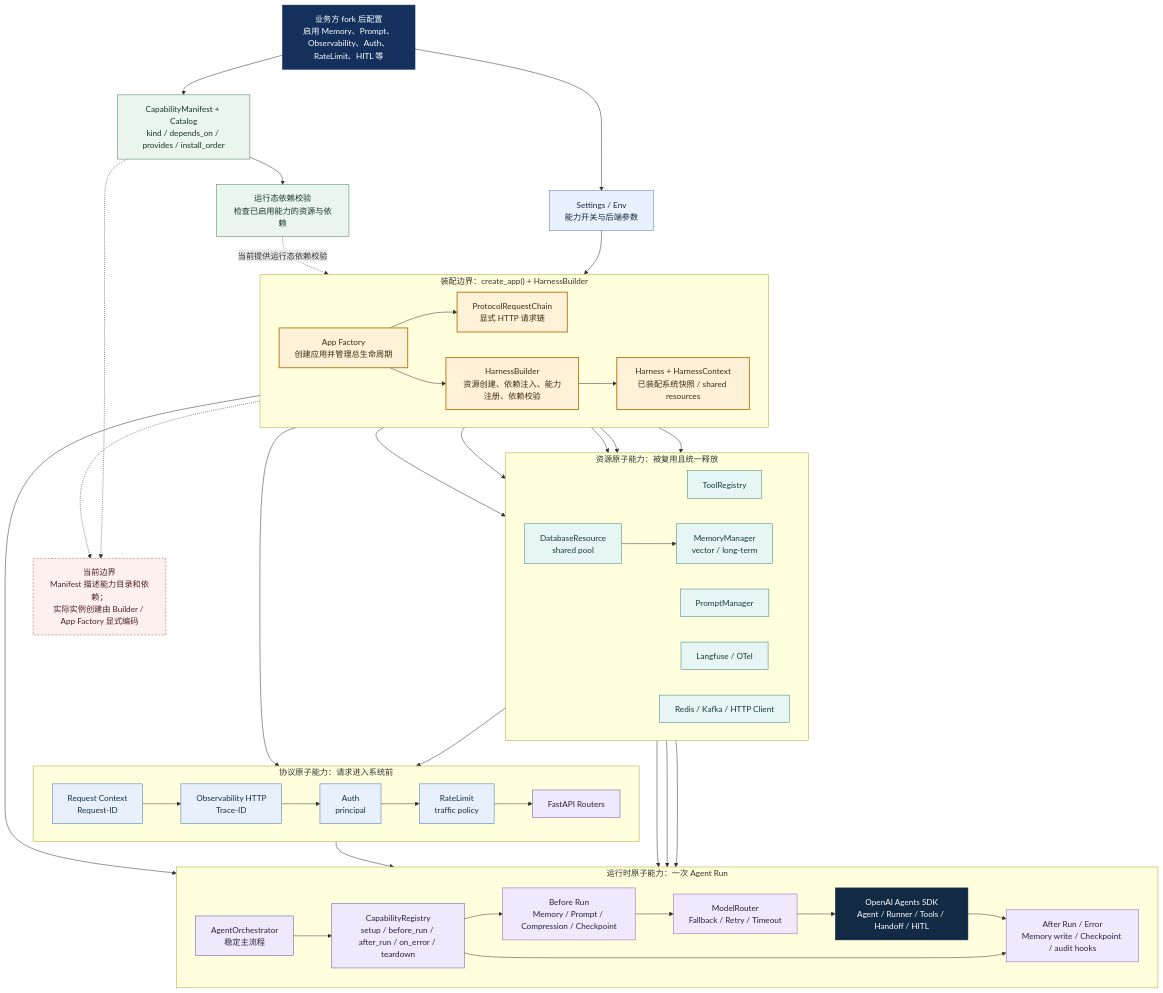
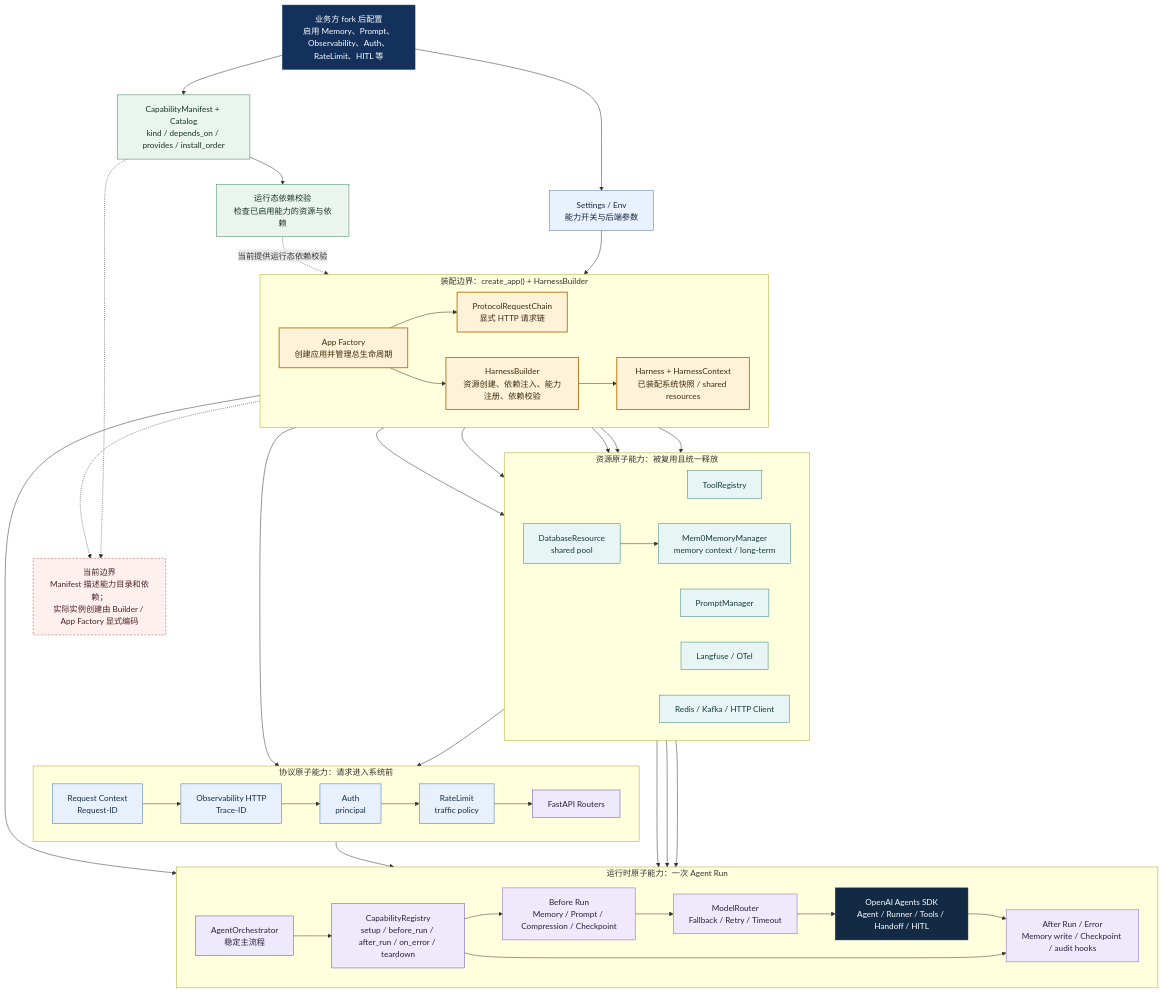
One commit to rnb-tron/openai-agents-harness changed the first of 5 diagrams in docs/design/ARCHITECTURE_DESIGN.md. Above: the diagram before and after it, drawn with Mermaid. The commit also changed other lines of this file and 30 other files, not shown here.

Commit message:
feat: delete old memory impl code, just remain mem0

```diff
--- a/docs/design/ARCHITECTURE_DESIGN.md
+++ b/docs/design/ARCHITECTURE_DESIGN.md
@@ -64,7 +64,7 @@
         direction LR
         Tools["ToolRegistry"]:::resource
         DB["DatabaseResource<br/>shared pool"]:::resource
-        MemoryMgr["MemoryManager<br/>vector / long-term"]:::resource
+        MemoryMgr["Mem0MemoryManager<br/>memory context / long-term"]:::resource
         PromptMgr["PromptManager"]:::resource
         Langfuse["Langfuse / OTel"]:::resource
         Infra["Redis / Kafka / HTTP Client"]:::resource
```
